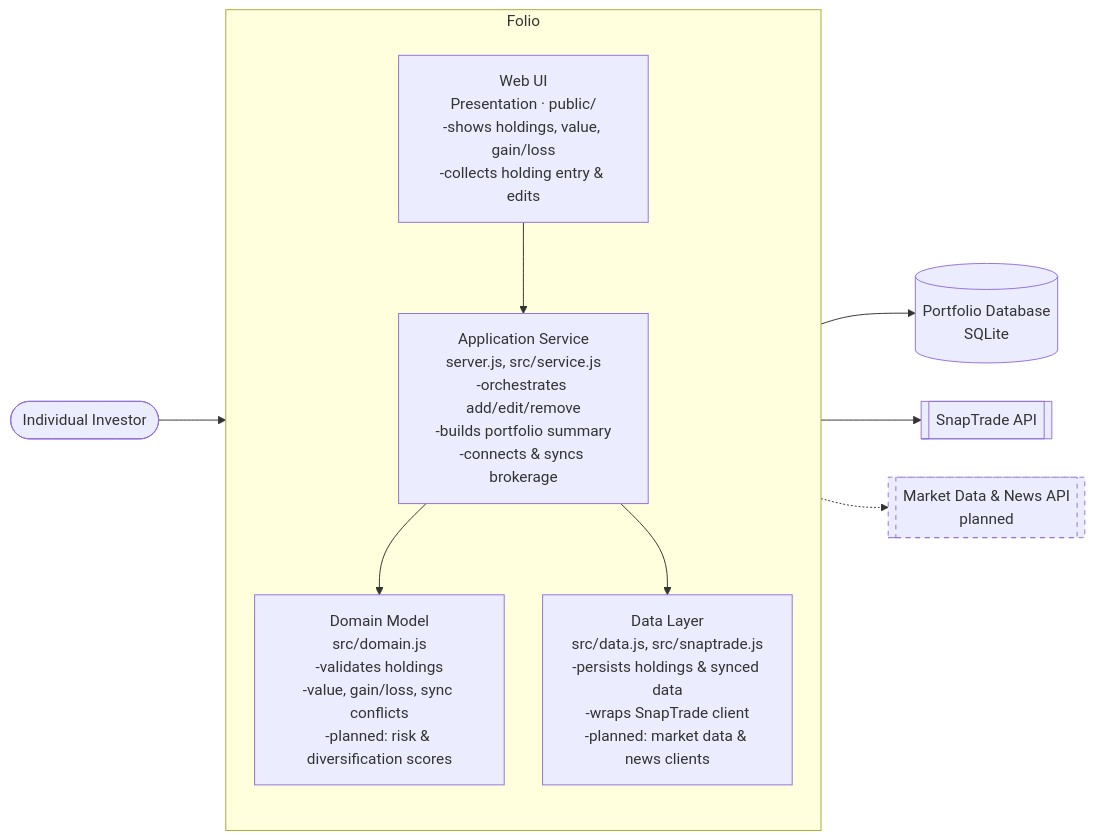
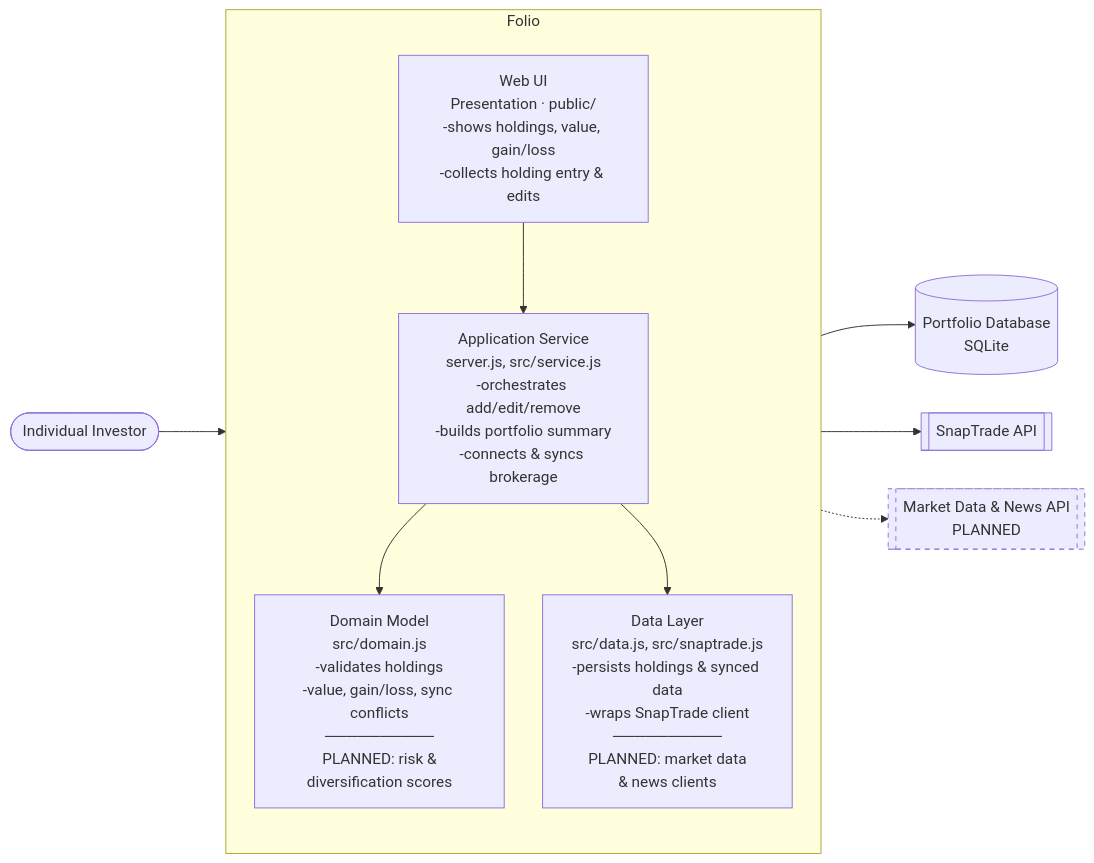
Before and after one commit to dquin144/cen5064-project-quinones: the second of 5 diagrams in README.md, drawn with Mermaid. The commit also changed other lines of this file, not shown here.

First line of the commit message:
Mark planned items clearly; base weekly log only on commit history

````diff
--- a/README.md
+++ b/README.md
@@ -125,27 +125,27 @@
 ```mermaid
 %%{init: {'flowchart': {'nodeSpacing': 40, 'rankSpacing': 70, 'curve': 'basis'}}}%%
 flowchart LR
     user([Individual Investor])
 
     subgraph System [Folio]
         direction TB
         ui[Web UI<br/>Presentation · public/<br/>-shows holdings, value, gain/loss<br/>-collects holding entry & edits]
         service[Application Service<br/>server.js, src/service.js<br/>-orchestrates add/edit/remove<br/>-builds portfolio summary<br/>-connects & syncs brokerage]
-        domain[Domain Model<br/>src/domain.js<br/>-validates holdings<br/>-value, gain/loss, sync conflicts<br/>-planned: risk & diversification scores]
-        data[Data Layer<br/>src/data.js, src/snaptrade.js<br/>-persists holdings & synced data<br/>-wraps SnapTrade client<br/>-planned: market data & news clients]
+        domain[Domain Model<br/>src/domain.js<br/>-validates holdings<br/>-value, gain/loss, sync conflicts<br/>──────────<br/>PLANNED: risk &<br/>diversification scores]
+        data[Data Layer<br/>src/data.js, src/snaptrade.js<br/>-persists holdings & synced data<br/>-wraps SnapTrade client<br/>──────────<br/>PLANNED: market data<br/>& news clients]
         ui --> service --> domain
         service --> data
     end
 
     db[(Portfolio Database<br/>SQLite)]
     snaptrade[[SnapTrade API]]
-    market[[Market Data & News API<br/>planned]]
+    market[[Market Data & News API<br/>PLANNED]]
 
     user --> ui
     data --> db
     data --> snaptrade
     data -.-> market
 
     classDef planned stroke-dasharray: 5 5
     class market planned
 ```
````
